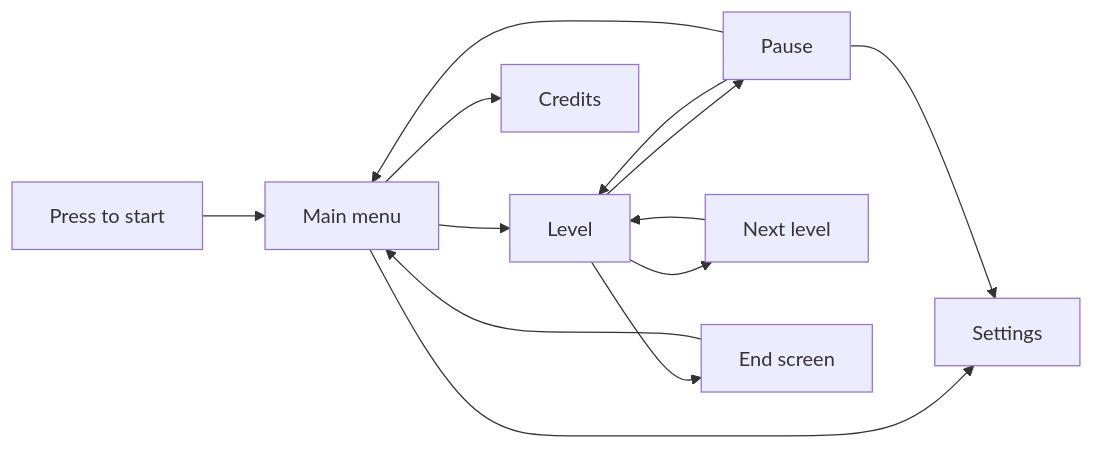
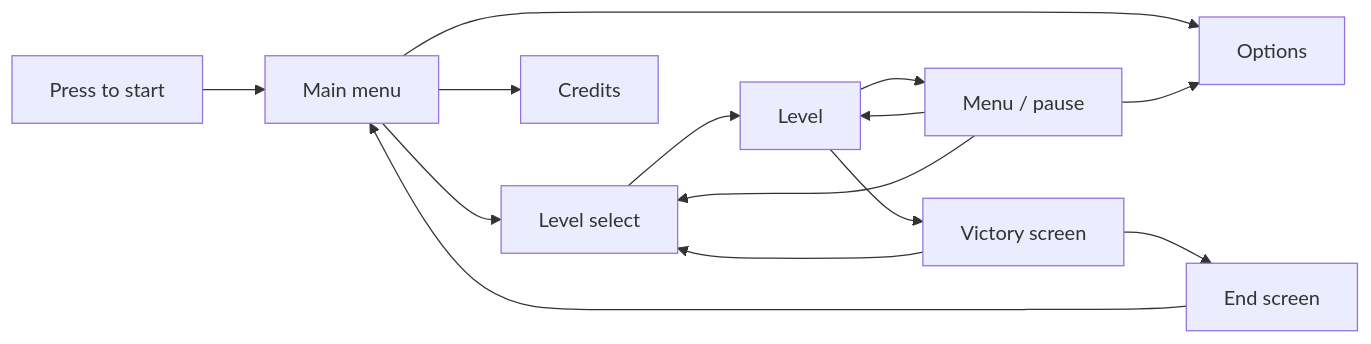
One commit to IES-Rafael-Alberti/gameoff2026-atomiclemonstudio changed the diagram in planning/wiki/Controls-and-UI.md. Above: the diagram before and after it, drawn with Mermaid. The commit also changed other lines of this file and 10 other files, not shown here.

````diff
--- a/planning/wiki/Controls-and-UI.md
+++ b/planning/wiki/Controls-and-UI.md
@@ -28,15 +31,16 @@
 ```mermaid
 flowchart LR
   A[Press to start] --> B[Main menu]
-  B --> C[Level]
-  B --> D[Settings]
+  B --> L[Level select]
+  L --> C[Level]
+  B --> D[Options]
   B --> E[Credits]
-  C --> F[Pause]
+  C --> F[Menu / pause]
   F --> C
   F --> D
-  F --> B
-  C --> G[Next level]
-  G --> C
-  C --> H[End screen]
+  F --> L
+  C --> V[Victory screen]
+  V --> L
+  V --> H[End screen]
   H --> B
 ```
````
